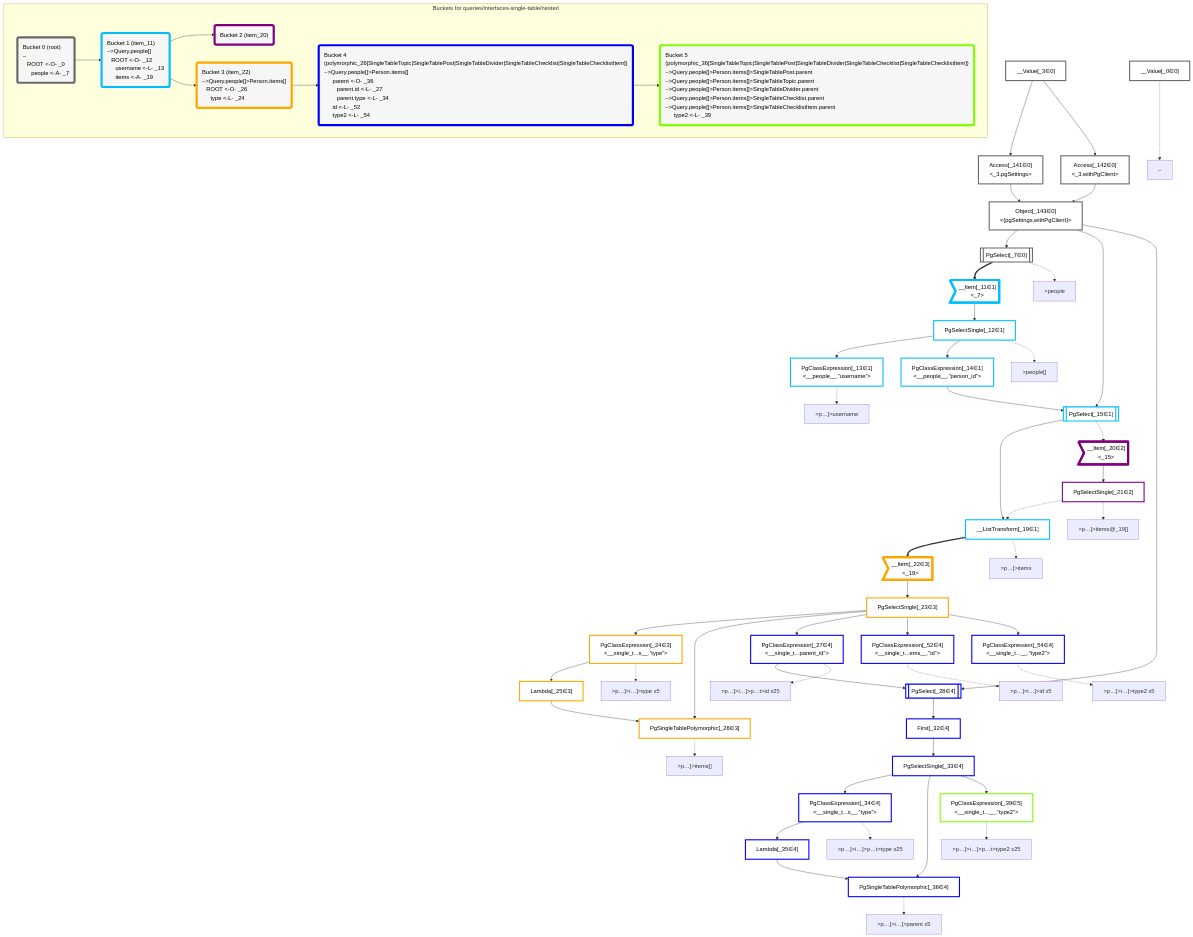
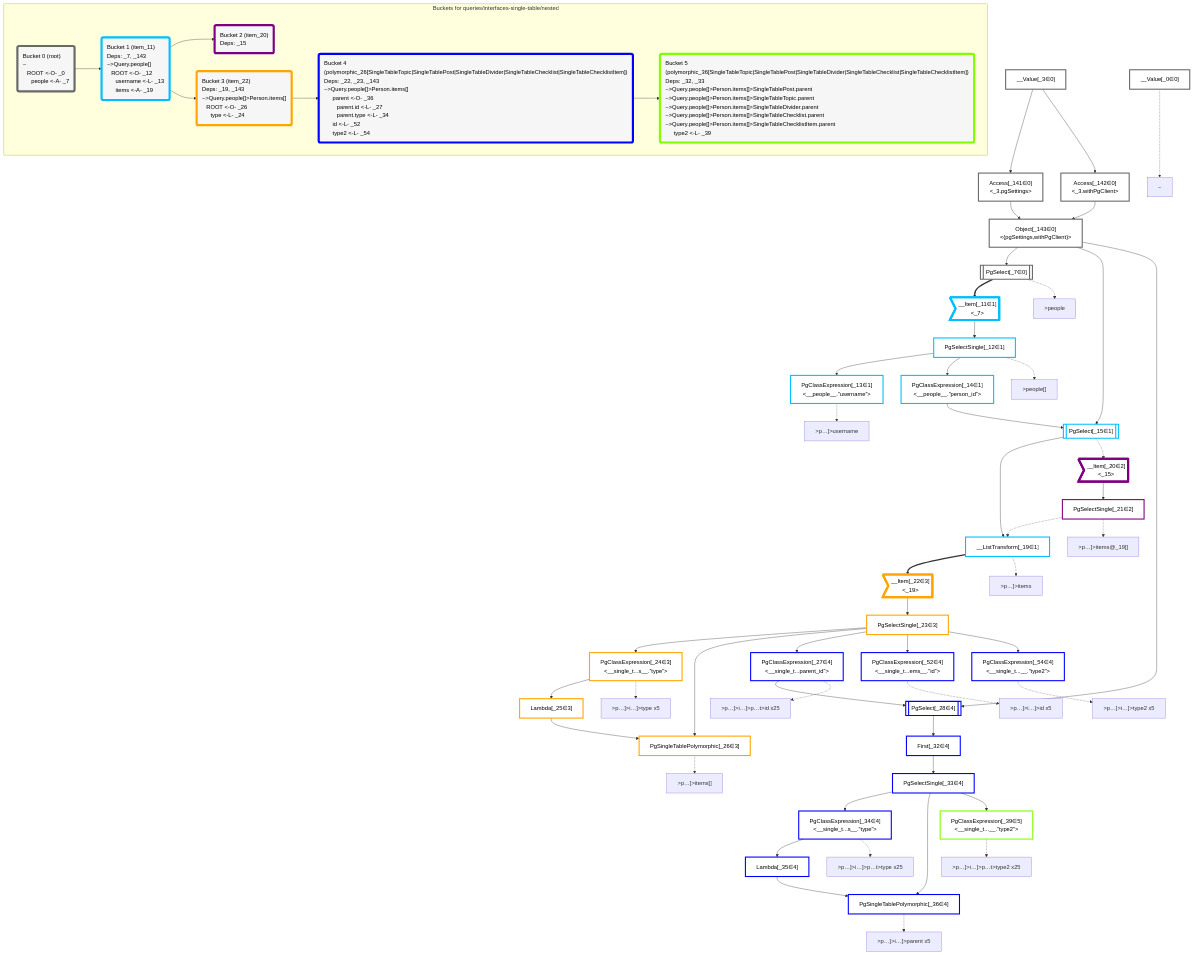
One commit to graphile/crystal changed the diagram in packages/dataplan-pg/__tests__/queries/interfaces-single-table/nested.deopt.mermaid.md. Above: the diagram before and after it, drawn with Mermaid. The commit also changed 157 other files, not shown here.

Commit message:
Add deps to all query snapshots

```diff
--- a/packages/dataplan-pg/__tests__/queries/interfaces-single-table/nested.deopt.mermaid.md
+++ b/packages/dataplan-pg/__tests__/queries/interfaces-single-table/nested.deopt.mermaid.md
@@ -120,19 +120,19 @@
     subgraph "Buckets for queries/interfaces-single-table/nested"
     Bucket0("Bucket 0 (root)<br />~<br />⠀ROOT <-O- _0<br />⠀⠀people <-A- _7"):::bucket
     style Bucket0 stroke:#696969
-    Bucket1("Bucket 1 (item_11)<br />~>Query.people[]<br />⠀ROOT <-O- _12<br />⠀⠀username <-L- _13<br />⠀⠀items <-A- _19"):::bucket
+    Bucket1("Bucket 1 (item_11)<br />Deps: _7, _143<br />~>Query.people[]<br />⠀ROOT <-O- _12<br />⠀⠀username <-L- _13<br />⠀⠀items <-A- _19"):::bucket
     style Bucket1 stroke:#00bfff
     Bucket0 --> Bucket1
-    Bucket2("Bucket 2 (item_20)"):::bucket
+    Bucket2("Bucket 2 (item_20)<br />Deps: _15"):::bucket
     style Bucket2 stroke:#7f007f
     Bucket1 --> Bucket2
-    Bucket3("Bucket 3 (item_22)<br />~>Query.people[]>Person.items[]<br />⠀ROOT <-O- _26<br />⠀⠀type <-L- _24"):::bucket
+    Bucket3("Bucket 3 (item_22)<br />Deps: _19, _143<br />~>Query.people[]>Person.items[]<br />⠀ROOT <-O- _26<br />⠀⠀type <-L- _24"):::bucket
     style Bucket3 stroke:#ffa500
     Bucket1 --> Bucket3
-    Bucket4("Bucket 4 (polymorphic_26[SingleTableTopic|SingleTablePost|SingleTableDivider|SingleTableChecklist|SingleTableChecklistItem])<br />~>Query.people[]>Person.items[]<br />⠀⠀parent <-O- _36<br />⠀⠀⠀parent.id <-L- _27<br />⠀⠀⠀parent.type <-L- _34<br />⠀⠀id <-L- _52<br />⠀⠀type2 <-L- _54"):::bucket
+    Bucket4("Bucket 4 (polymorphic_26[SingleTableTopic|SingleTablePost|SingleTableDivider|SingleTableChecklist|SingleTableChecklistItem])<br />Deps: _22, _23, _143<br />~>Query.people[]>Person.items[]<br />⠀⠀parent <-O- _36<br />⠀⠀⠀parent.id <-L- _27<br />⠀⠀⠀parent.type <-L- _34<br />⠀⠀id <-L- _52<br />⠀⠀type2 <-L- _54"):::bucket
     style Bucket4 stroke:#0000ff
     Bucket3 --> Bucket4
-    Bucket5("Bucket 5 (polymorphic_36[SingleTableTopic|SingleTablePost|SingleTableDivider|SingleTableChecklist|SingleTableChecklistItem])<br />~>Query.people[]>Person.items[]>SingleTablePost.parent<br />~>Query.people[]>Person.items[]>SingleTableTopic.parent<br />~>Query.people[]>Person.items[]>SingleTableDivider.parent<br />~>Query.people[]>Person.items[]>SingleTableChecklist.parent<br />~>Query.people[]>Person.items[]>SingleTableChecklistItem.parent<br />⠀⠀type2 <-L- _39"):::bucket
+    Bucket5("Bucket 5 (polymorphic_36[SingleTableTopic|SingleTablePost|SingleTableDivider|SingleTableChecklist|SingleTableChecklistItem])<br />Deps: _32, _33<br />~>Query.people[]>Person.items[]>SingleTablePost.parent<br />~>Query.people[]>Person.items[]>SingleTableTopic.parent<br />~>Query.people[]>Person.items[]>SingleTableDivider.parent<br />~>Query.people[]>Person.items[]>SingleTableChecklist.parent<br />~>Query.people[]>Person.items[]>SingleTableChecklistItem.parent<br />⠀⠀type2 <-L- _39"):::bucket
     style Bucket5 stroke:#7fff00
     Bucket4 --> Bucket5
     end
```
